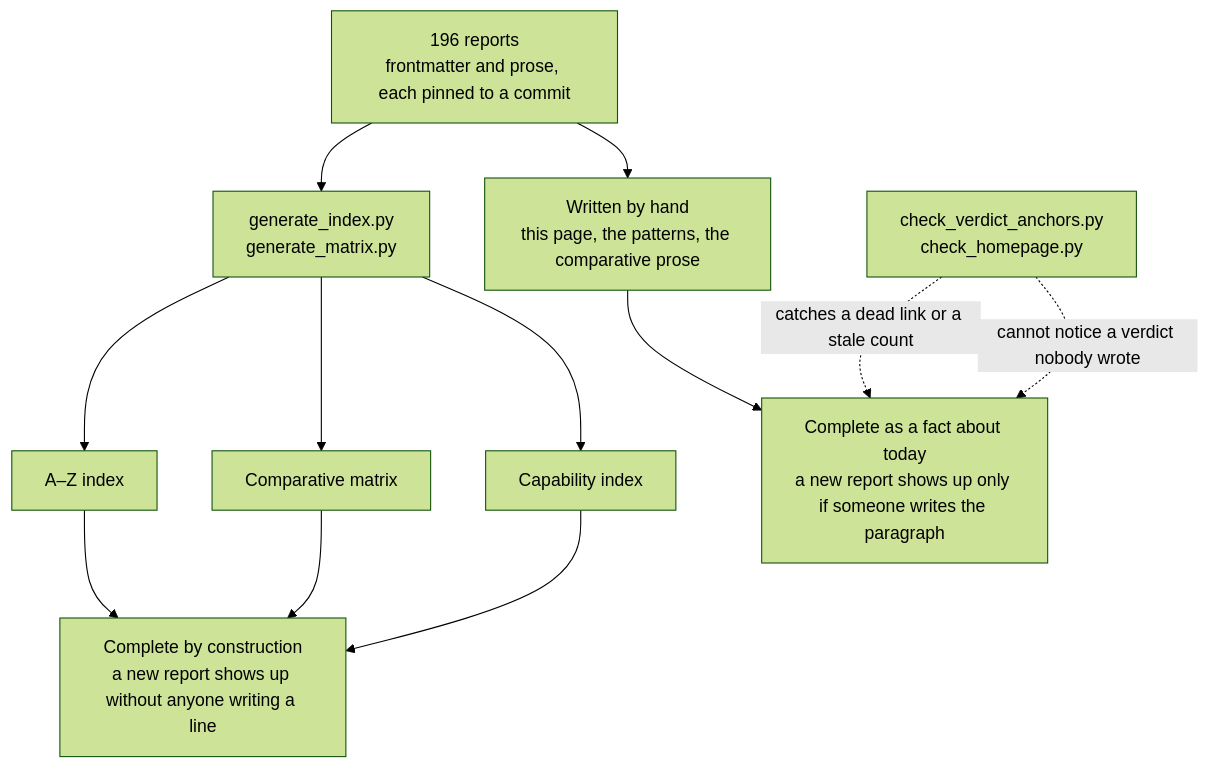
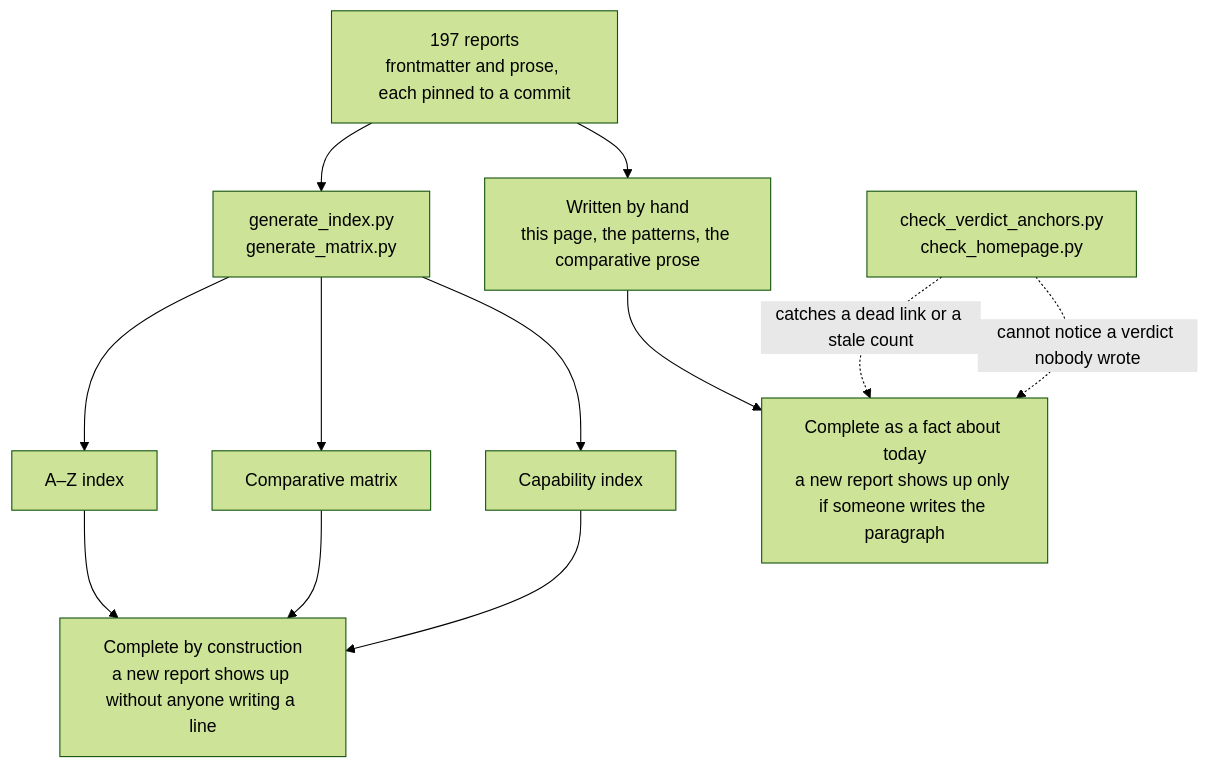
The diagram in content/verdicts.md (neoneye/agent-memory-atlas), drawn with Mermaid (forest theme) before and after one commit. The commit also changed other lines of this file and 19 other files, not shown here.

````diff
--- a/content/verdicts.md
+++ b/content/verdicts.md
@@ -40,15 +40,15 @@
 ```mermaid
 flowchart TD
-    R["196 reports<br/>frontmatter and prose, each pinned to a commit"]
+    R["197 reports<br/>frontmatter and prose, each pinned to a commit"]
     R --> GEN["generate_index.py<br/>generate_matrix.py"]
     R --> HAND["Written by hand<br/>this page, the patterns, the comparative prose"]
     GEN --> AZ["A–Z index"]
     GEN --> MX["Comparative matrix"]
     GEN --> CI["Capability index"]
     AZ --> CONST["Complete by construction<br/>a new report shows up without anyone writing a line"]
     MX --> CONST
     CI --> CONST
     HAND --> TODAY["Complete as a fact about today<br/>a new report shows up only if someone writes the paragraph"]
     CHK["check_verdict_anchors.py<br/>check_homepage.py"] -.->|"catches a dead link or a stale count"| TODAY
     CHK -.->|"cannot notice a verdict nobody wrote"| TODAY
 ```
````
